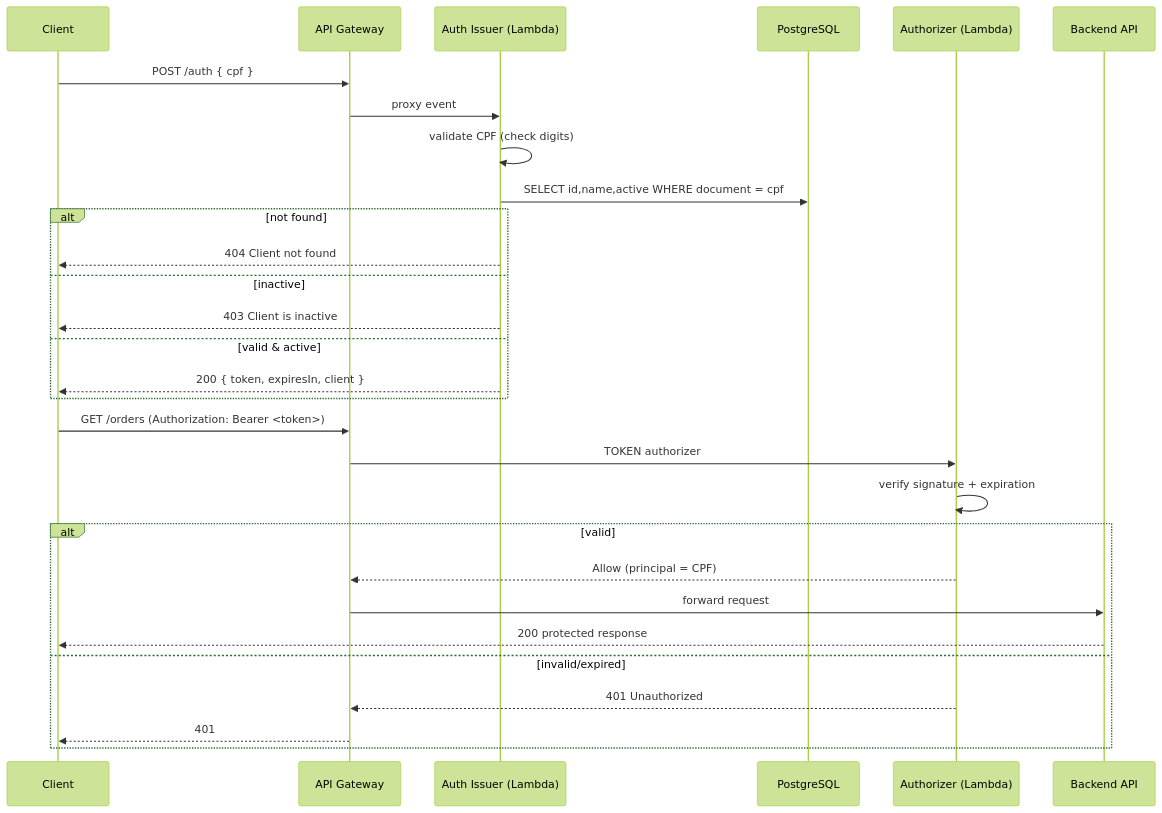
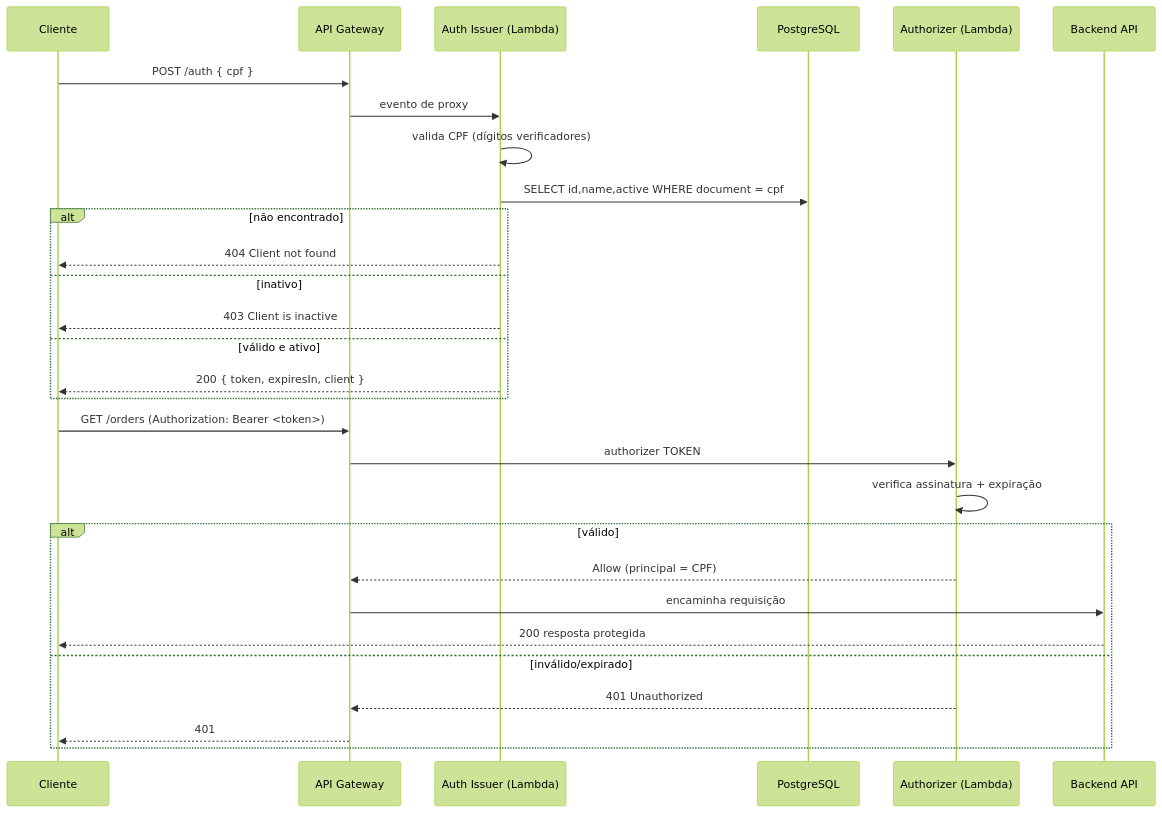
The second of 2 diagrams in README.md (TechChallenge-Software-Architetute/os-management-lambda), drawn with Mermaid (forest theme) before and after one commit. The commit also changed other lines of this file, not shown here.

````diff
--- a/README.md
+++ b/README.md
@@ -68,33 +68,33 @@
 ```mermaid
 sequenceDiagram
-    participant C as Client
+    participant C as Cliente
     participant G as API Gateway
     participant I as Auth Issuer (Lambda)
     participant D as PostgreSQL
     participant Z as Authorizer (Lambda)
     participant B as Backend API
 
     C->>G: POST /auth { cpf }
-    G->>I: proxy event
-    I->>I: validate CPF (check digits)
+    G->>I: evento de proxy
+    I->>I: valida CPF (dígitos verificadores)
     I->>D: SELECT id,name,active WHERE document = cpf
-    alt not found
+    alt não encontrado
         I-->>C: 404 Client not found
-    else inactive
+    else inativo
         I-->>C: 403 Client is inactive
-    else valid & active
+    else válido e ativo
         I-->>C: 200 { token, expiresIn, client }
     end
 
     C->>G: GET /orders (Authorization: Bearer <token>)
-    G->>Z: TOKEN authorizer
-    Z->>Z: verify signature + expiration
-    alt valid
+    G->>Z: authorizer TOKEN
+    Z->>Z: verifica assinatura + expiração
+    alt válido
         Z-->>G: Allow (principal = CPF)
-        G->>B: forward request
-        B-->>C: 200 protected response
-    else invalid/expired
+        G->>B: encaminha requisição
+        B-->>C: 200 resposta protegida
+    else inválido/expirado
         Z-->>G: 401 Unauthorized
         G-->>C: 401
     end
 ```
````
